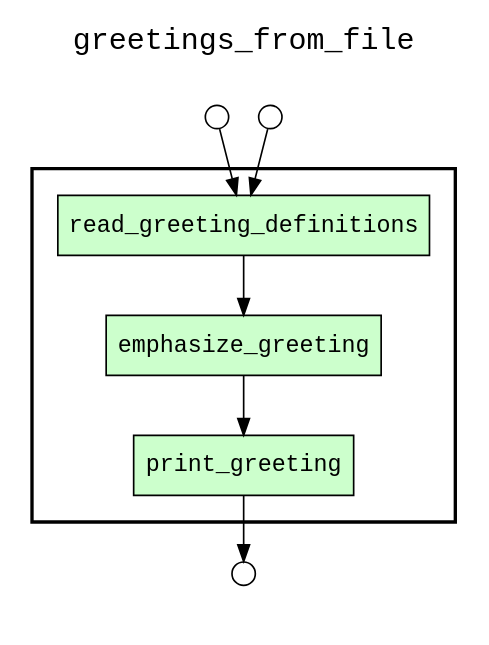
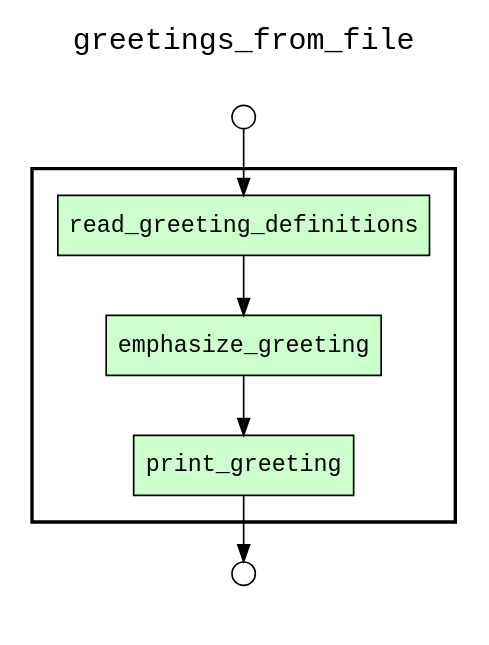
The diagram in examples/06_greeting_from_file/yw_process_graph.gv (yesworkflow-org/yw-noworkflow), drawn with Graphviz before and after one commit. The commit also changed 26 other files, not shown here.

```diff
--- a/examples/06_greeting_from_file/yw_process_graph.gv
+++ b/examples/06_greeting_from_file/yw_process_graph.gv
@@ -1,30 +1,28 @@
 
 digraph yw_data_view {
 rankdir=TB
 fontname=Courier; fontsize=18; labelloc=t
 label="greetings_from_file"
 subgraph cluster_workflow { label=""; color=black; penwidth=2
 subgraph cluster_workflow_inner { label=""; color=white
 node[shape=box style="filled" fillcolor="#CCFFCC" peripheries=1 fontname=Courier]
 read_greeting_definitions
 emphasize_greeting
 print_greeting
 node[shape=box style="filled" fillcolor="#CCFFCC" peripheries=1 fontname=Courier]
 }}
 subgraph cluster_inflows { label=""; color=white; penwidth=2
 subgraph cluster_inflows_inner { label=""; color=white
 node[shape=circle fillcolor="#FFFFFF" peripheries=1 width=0.2]
 input_file_inflow [label=""]
-input_file_path_inflow [label=""]
 }}
 subgraph cluster_outflows { label=""; color=white; penwidth=2
 subgraph cluster_outflows_inner { label=""; color=white
 node[shape=circle fillcolor="#FFFFFF" peripheries=1 width=0.2]
 displayed_greeting_outflow [label=""]
 }}
 read_greeting_definitions -> emphasize_greeting
 emphasize_greeting -> print_greeting
-input_file_path_inflow -> read_greeting_definitions
 input_file_inflow -> read_greeting_definitions
 print_greeting -> displayed_greeting_outflow
 }
```
